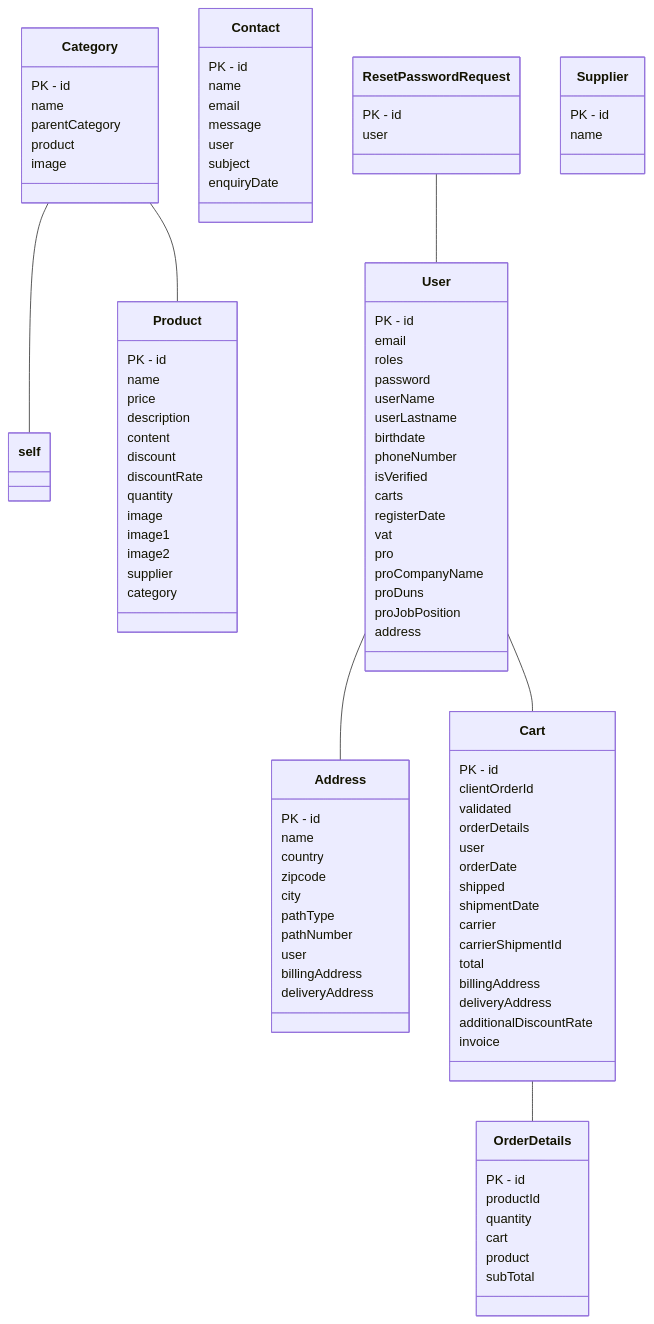
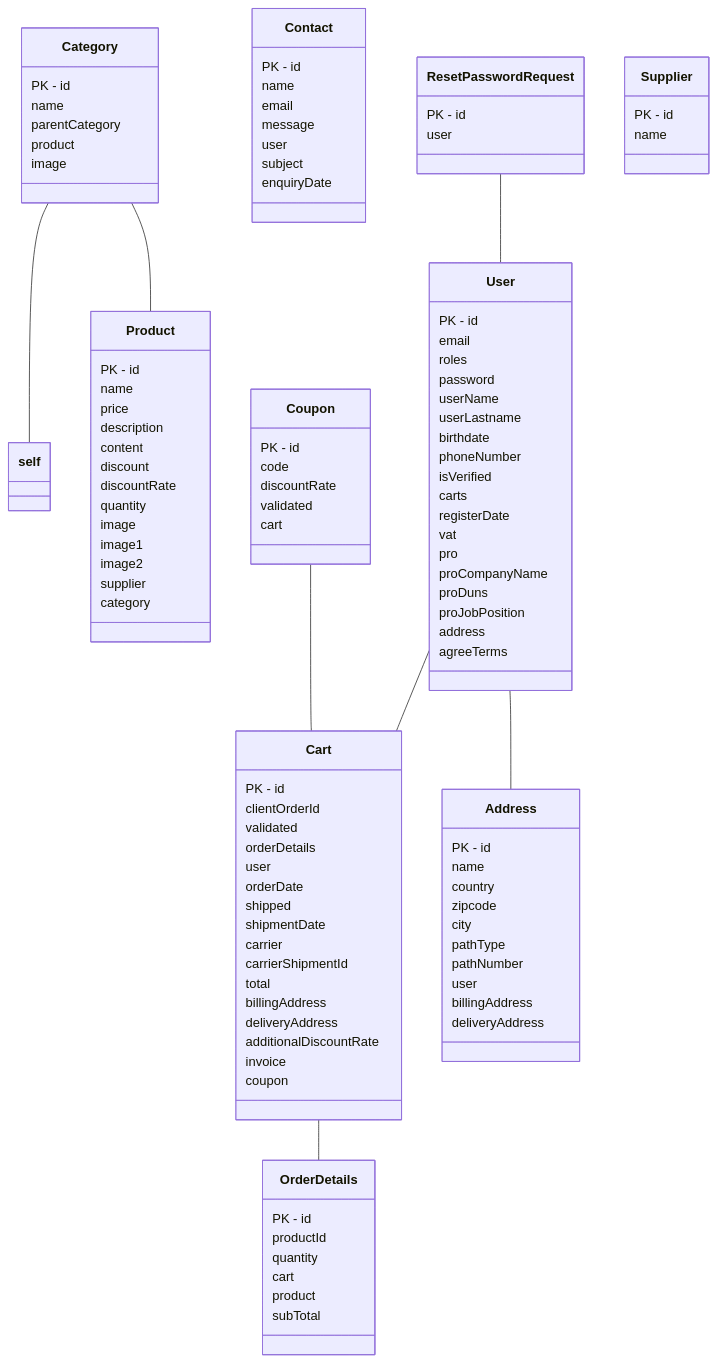
Before and after one commit to AlexisDonato/MUSE-Fil_Rouge: the diagram in MUSE/UML.md, drawn with Mermaid. The commit also changed 10 other files, not shown here.

```diff
--- a/MUSE/UML.md
+++ b/MUSE/UML.md
@@ -14,6 +14,26 @@
 deliveryAddress
 }
 
+class Cart{
+PK - id
+clientOrderId
+validated
+orderDetails
+user
+orderDate
+shipped
+shipmentDate
+carrier
+carrierShipmentId
+total
+billingAddress
+deliveryAddress
+additionalDiscountRate
+invoice
+coupon
+}
+
+Cart -- OrderDetails
 class Category{
 PK - id
 name
@@ -34,25 +54,15 @@
 enquiryDate
 }
 
-class Cart{
+class Coupon{
 PK - id
-clientOrderId
+code
+discountRate
 validated
-orderDetails
-user
-orderDate
-shipped
-shipmentDate
-carrier
-carrierShipmentId
-total
-billingAddress
-deliveryAddress
-additionalDiscountRate
-invoice
+cart
 }
 
-Cart -- OrderDetails
+Coupon -- Cart
 class OrderDetails{
 PK - id
 productId
@@ -60,17 +70,6 @@
 cart
 product
 subTotal
-}
-
-class ResetPasswordRequest{
-PK - id
-user
-}
-
-ResetPasswordRequest -- User
-class Supplier{
-PK - id
-name
 }
 
 class Product{
@@ -87,6 +86,17 @@
 image2
 supplier
 category
+}
+
+class ResetPasswordRequest{
+PK - id
+user
+}
+
+ResetPasswordRequest -- User
+class Supplier{
+PK - id
+name
 }
 
 class User{
@@ -107,6 +117,7 @@
 proDuns
 proJobPosition
 address
+agreeTerms
 }
 
 User -- Cart
```
